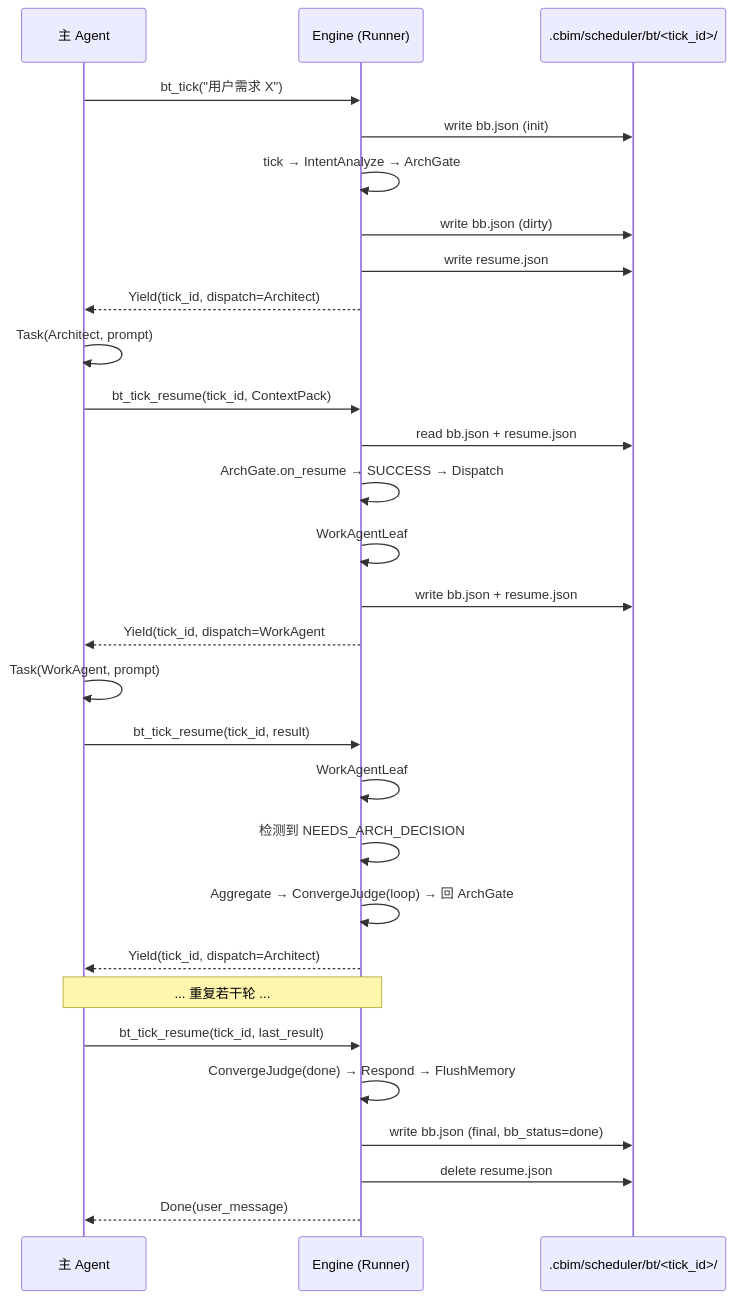
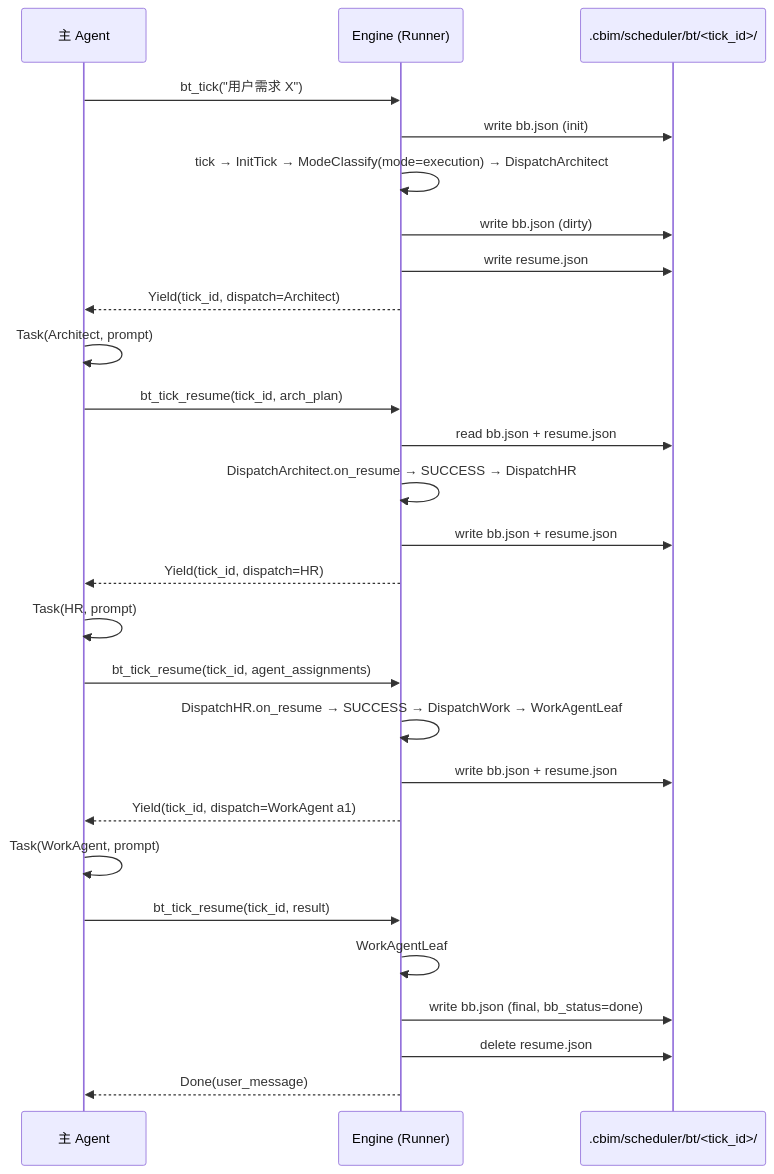
Before and after one commit to nan023062/agent-team-cc: the diagram in v1/kernel/engine/bt/README.md, drawn with Mermaid. The commit also changed other lines of this file and 36 other files, not shown here.

````diff
--- a/v1/kernel/engine/bt/README.md
+++ b/v1/kernel/engine/bt/README.md
@@ -261,36 +263,33 @@
 ```mermaid
 sequenceDiagram
     participant M as 主 Agent
     participant E as Engine (Runner)
     participant FS as .cbim/scheduler/bt/<tick_id>/
 
     M->>E: bt_tick("用户需求 X")
     E->>FS: write bb.json (init)
-    E->>E: tick → IntentAnalyze → ArchGate
+    E->>E: tick → InitTick → ModeClassify(mode=execution) → DispatchArchitect
     E->>FS: write bb.json (dirty)
     E->>FS: write resume.json
     E-->>M: Yield(tick_id, dispatch=Architect)
 
     M->>M: Task(Architect, prompt)
-    M->>E: bt_tick_resume(tick_id, ContextPack)
+    M->>E: bt_tick_resume(tick_id, arch_plan)
     E->>FS: read bb.json + resume.json
-    E->>E: ArchGate.on_resume → SUCCESS → Dispatch
-    E->>E: WorkAgentLeaf#1.tick → yield
+    E->>E: DispatchArchitect.on_resume → SUCCESS → DispatchHR
     E->>FS: write bb.json + resume.json
-    E-->>M: Yield(tick_id, dispatch=WorkAgent#1)
+    E-->>M: Yield(tick_id, dispatch=HR)
+
+    M->>M: Task(HR, prompt)
+    M->>E: bt_tick_resume(tick_id, agent_assignments)
+    E->>E: DispatchHR.on_resume → SUCCESS → DispatchWork → WorkAgentLeaf#a1
+    E->>FS: write bb.json + resume.json
+    E-->>M: Yield(tick_id, dispatch=WorkAgent a1)
 
     M->>M: Task(WorkAgent, prompt)
     M->>E: bt_tick_resume(tick_id, result)
-    E->>E: WorkAgentLeaf#1.on_resume → SUCCESS
-    E->>E: 检测到 NEEDS_ARCH_DECISION
-    E->>E: Aggregate → ConvergeJudge(loop) → 回 ArchGate
-    E-->>M: Yield(tick_id, dispatch=Architect)
-
-    Note over M,E: ... 重复若干轮 ...
-
-    M->>E: bt_tick_resume(tick_id, last_result)
-    E->>E: ConvergeJudge(done) → Respond → FlushMemory
+    E->>E: WorkAgentLeaf#a1.on_resume → SUCCESS → Respond → FlushMemory
     E->>FS: write bb.json (final, bb_status=done)
     E->>FS: delete resume.json
     E-->>M: Done(user_message)
 ```
````
